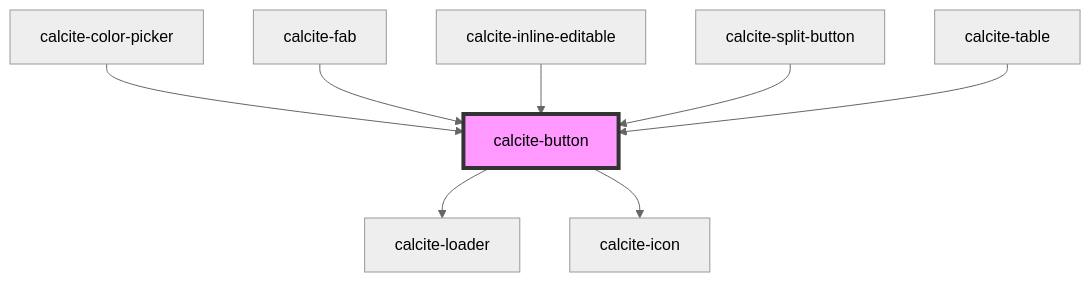
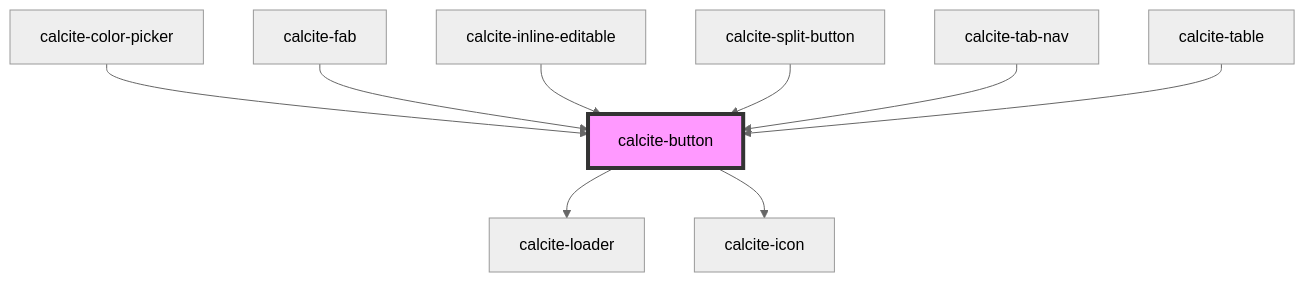
Before and after one commit to Esri/calcite-design-system: the diagram in packages/calcite-components/src/components/button/readme.md, drawn with Mermaid (neutral theme). The commit also changed other lines of this file and 82 other files, not shown here.

````diff
--- a/packages/calcite-components/src/components/button/readme.md
+++ b/packages/calcite-components/src/components/button/readme.md
@@ -120,11 +147,12 @@
 ```mermaid
 graph TD;
   calcite-button --> calcite-loader
   calcite-button --> calcite-icon
   calcite-color-picker --> calcite-button
   calcite-fab --> calcite-button
   calcite-inline-editable --> calcite-button
   calcite-split-button --> calcite-button
+  calcite-tab-nav --> calcite-button
   calcite-table --> calcite-button
   style calcite-button fill:#f9f,stroke:#333,stroke-width:4px
 ```
````
